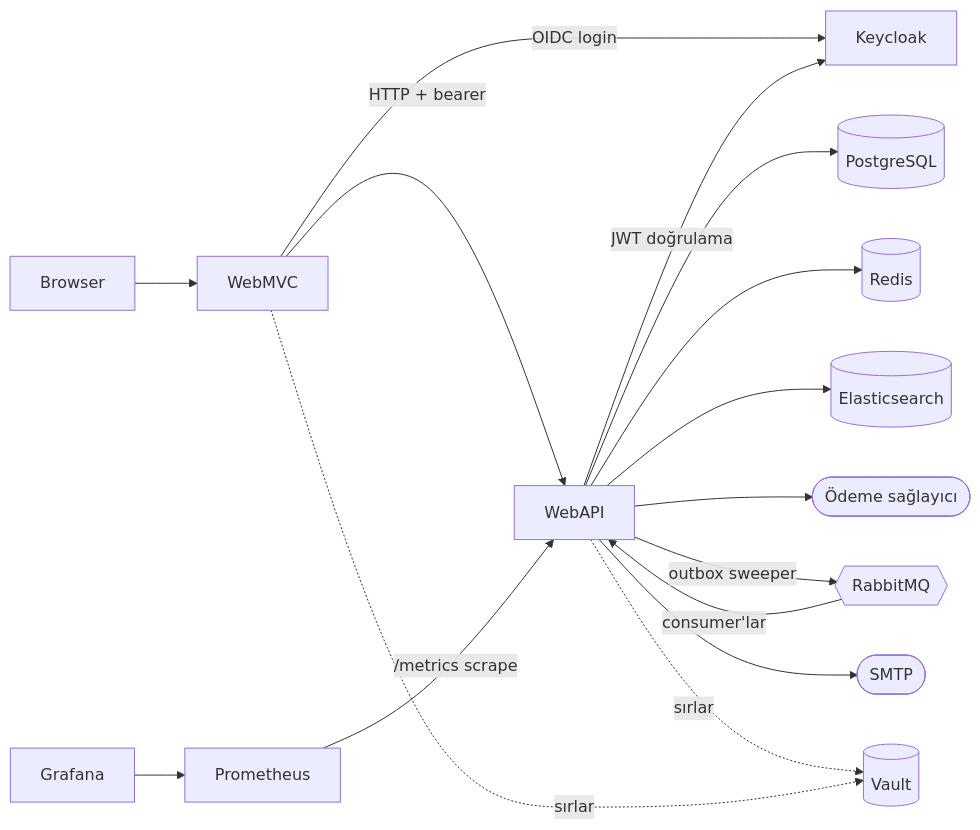
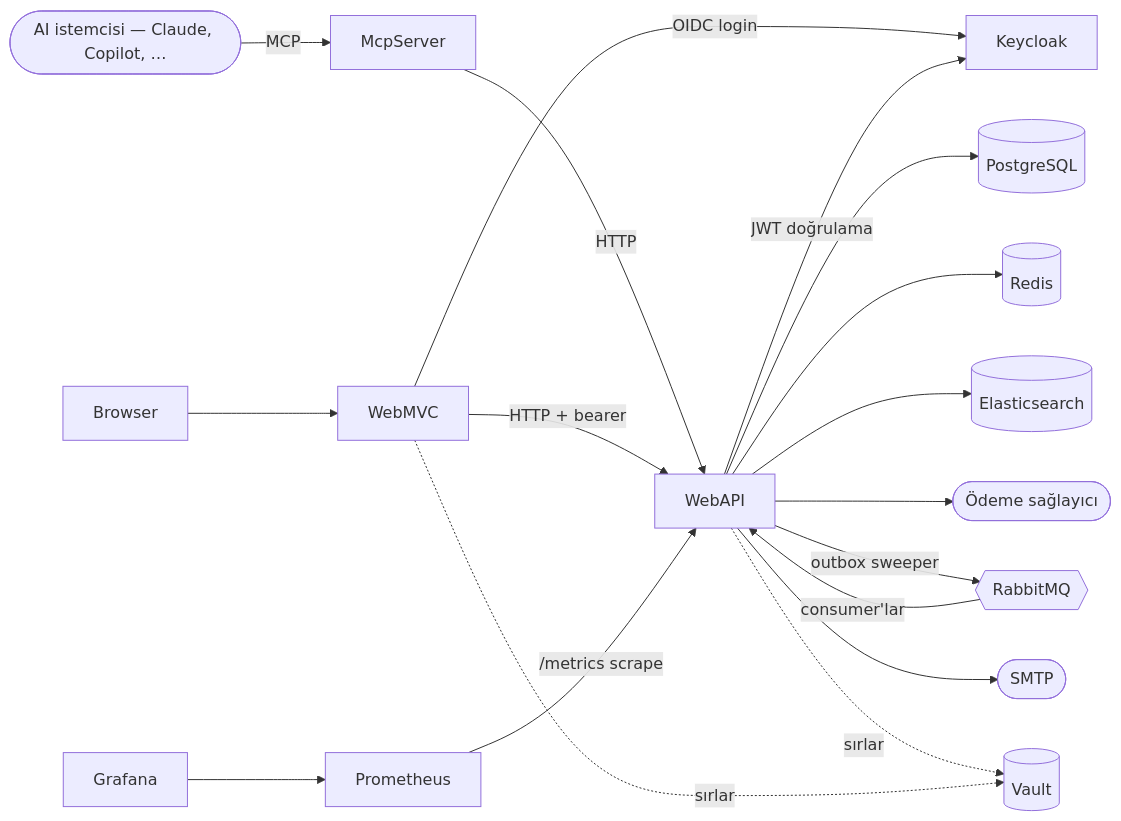
The first of 2 diagrams in README.tr.md (furkanpasaoglu/StadiaPass), drawn with Mermaid before and after one commit. The commit also changed other lines of this file and 14 other files, not shown here.

Commit message:
feat(mcp): publish the public catalogue as an MCP server for AI clients

````diff
--- a/README.tr.md
+++ b/README.tr.md
@@ -109,18 +111,20 @@
 ```mermaid
 flowchart LR
   Browser --> WebMVC
+  AI([AI istemcisi — Claude, Copilot, …]) -->|MCP| McpServer
+  McpServer -->|HTTP| WebAPI
   WebMVC -->|HTTP + bearer| WebAPI
   WebMVC -->|OIDC login| Keycloak
   WebAPI -->|JWT doğrulama| Keycloak
   WebAPI --> Postgres[(PostgreSQL)]
   WebAPI --> Redis[(Redis)]
   WebAPI --> Elastic[(Elasticsearch)]
   WebAPI --> Stripe([Ödeme sağlayıcı])
   WebAPI -->|outbox sweeper| Rabbit{{RabbitMQ}}
   Rabbit -->|consumer'lar| WebAPI
   WebAPI --> SMTP([SMTP])
   WebAPI -.sırlar.-> Vault[(Vault)]
   WebMVC -.sırlar.-> Vault
   Prometheus -->|/metrics scrape| WebAPI
   Grafana --> Prometheus
 ```
````
